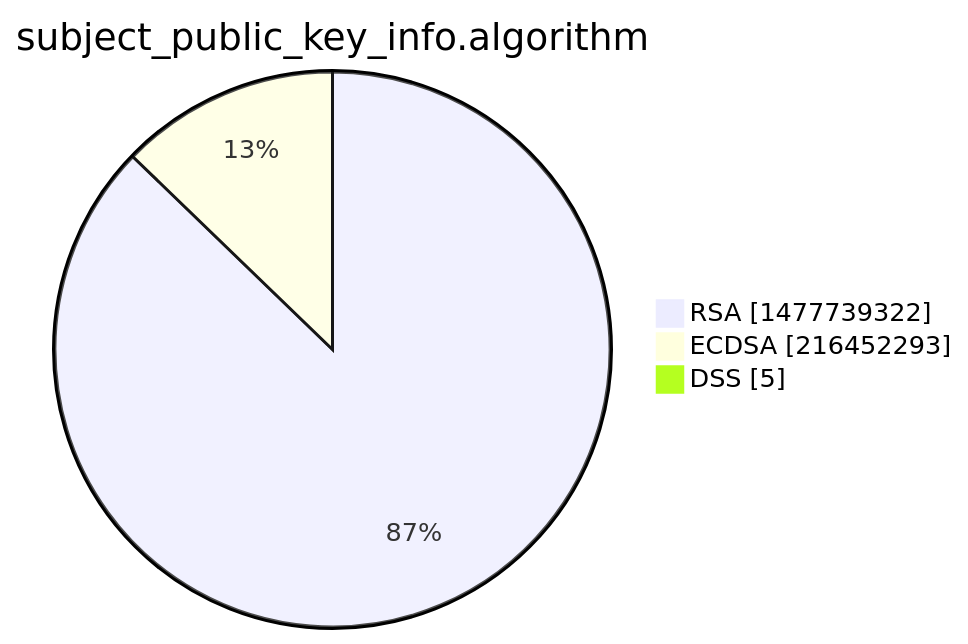
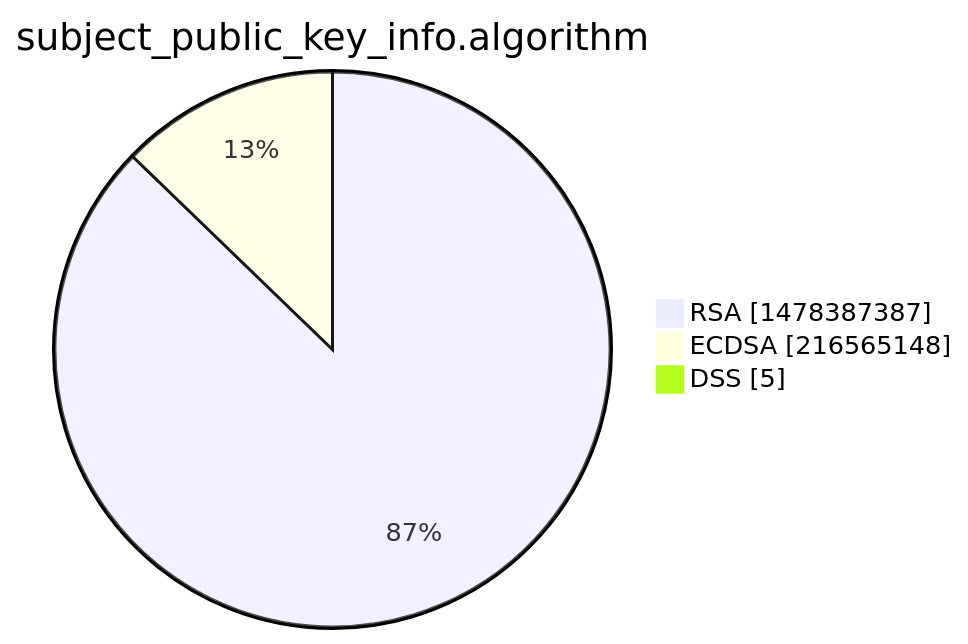
Before and after one commit to christiankrug/ctmonitor_visualization: the third of 15 diagrams in xenon2022/README.md, drawn with Mermaid. The commit also changed other lines of this file, not shown here.

````diff
--- a/xenon2022/README.md
+++ b/xenon2022/README.md
@@ -14,7 +14,7 @@
 ```mermaid
 pie showData
 title subject_public_key_info.algorithm
-"RSA" :1477739322
-"ECDSA" :216452293
+"RSA" :1478387387
+"ECDSA" :216565148
 "DSS" :5
 ```
````
